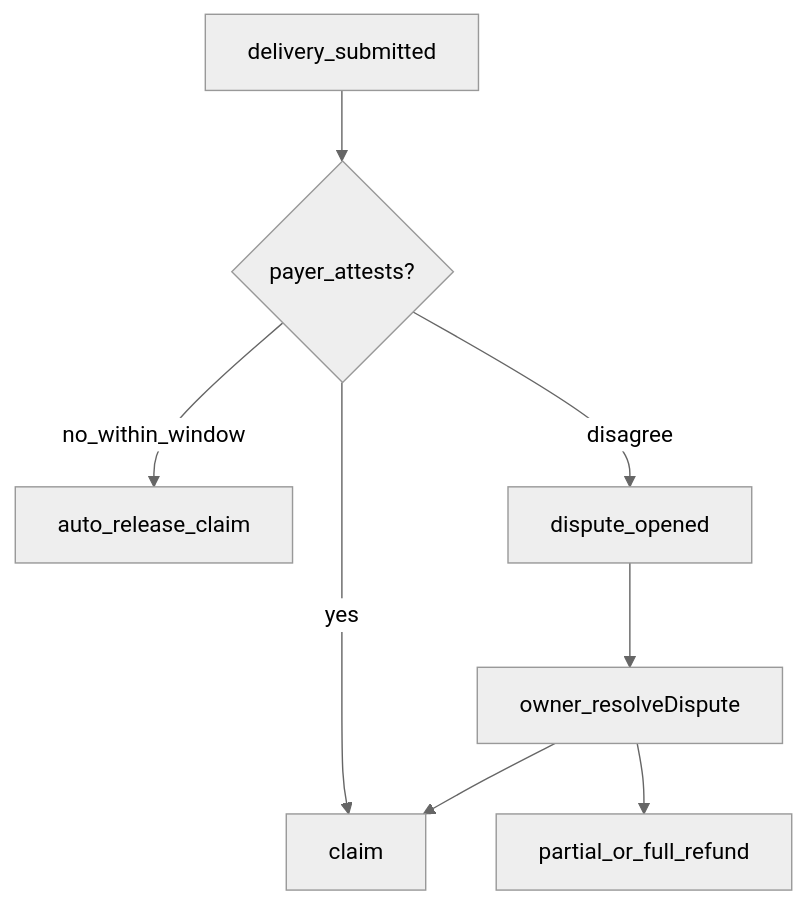
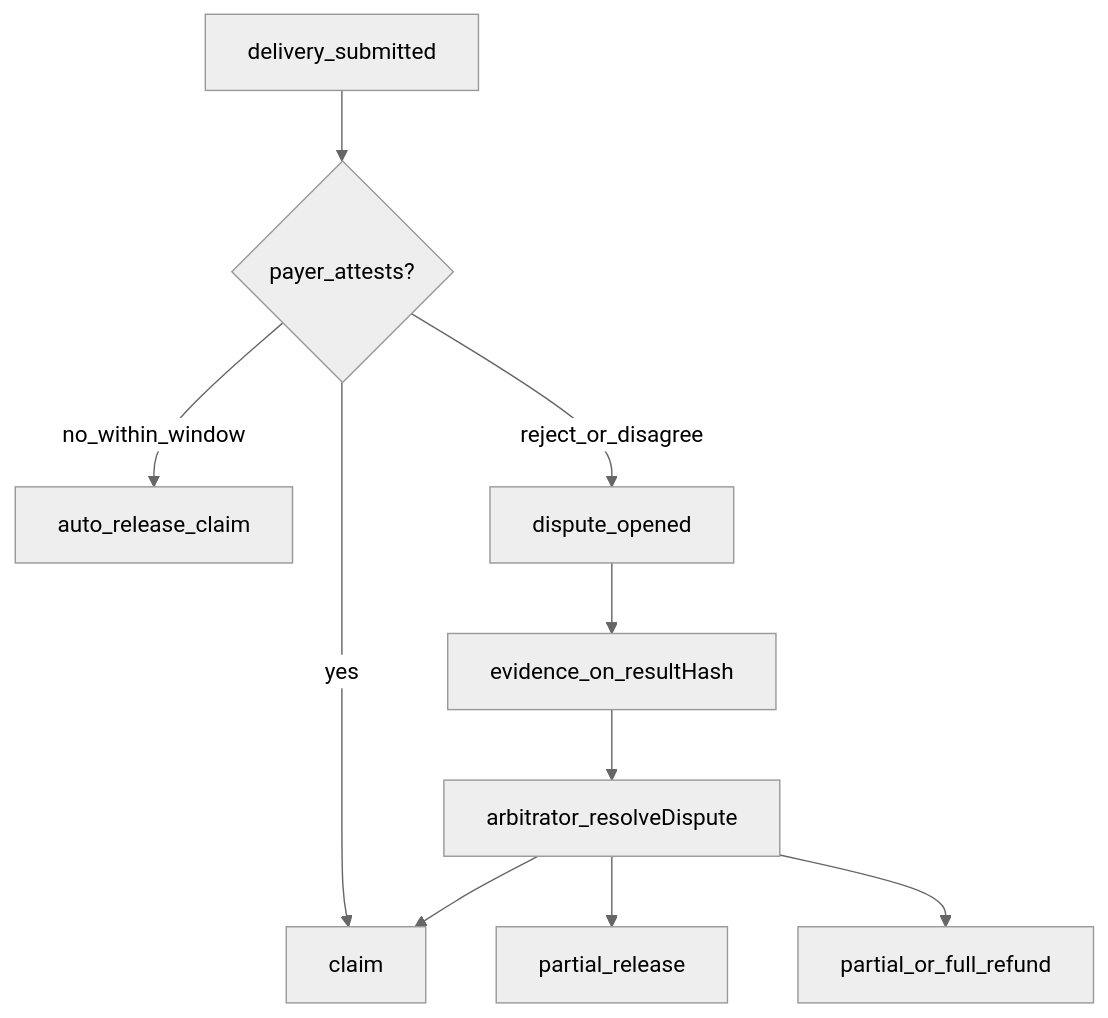
Before and after one commit to shery8595/Pharos-Settle: the second of 3 diagrams in docs/PHASES.md, drawn with Mermaid (neutral theme). The commit also changed other lines of this file and 11 other files, not shown here.

````diff
--- a/docs/PHASES.md
+++ b/docs/PHASES.md
@@ -286,10 +295,12 @@
 ```mermaid
 flowchart TB
   Delivered[delivery_submitted] --> Agree{payer_attests?}
   Agree -->|yes| Released[claim]
   Agree -->|no_within_window| AutoRelease[auto_release_claim]
-  Agree -->|disagree| Dispute[dispute_opened]
-  Dispute --> Arbitrate[owner_resolveDispute]
+  Agree -->|reject_or_disagree| Dispute[dispute_opened]
+  Dispute --> Evidence[evidence_on_resultHash]
+  Evidence --> Arbitrate[arbitrator_resolveDispute]
   Arbitrate --> Released
+  Arbitrate --> Partial[partial_release]
   Arbitrate --> Refunded[partial_or_full_refund]
 ```
````
